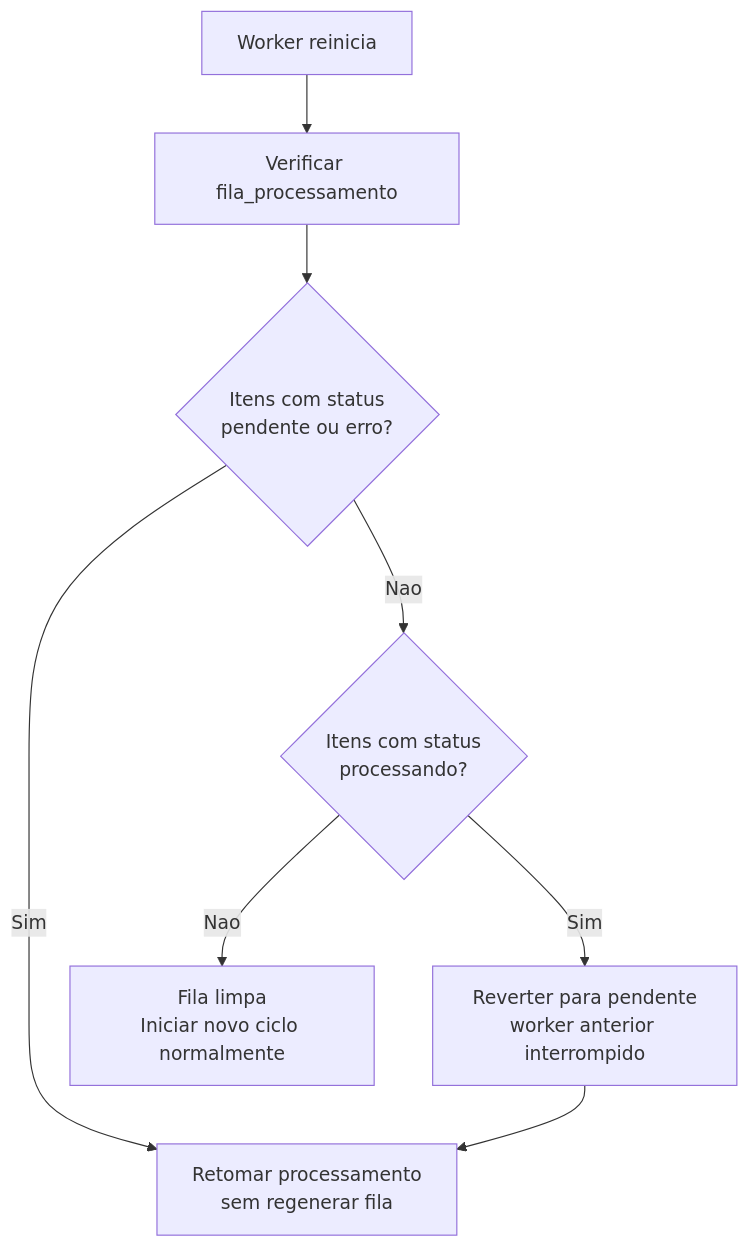
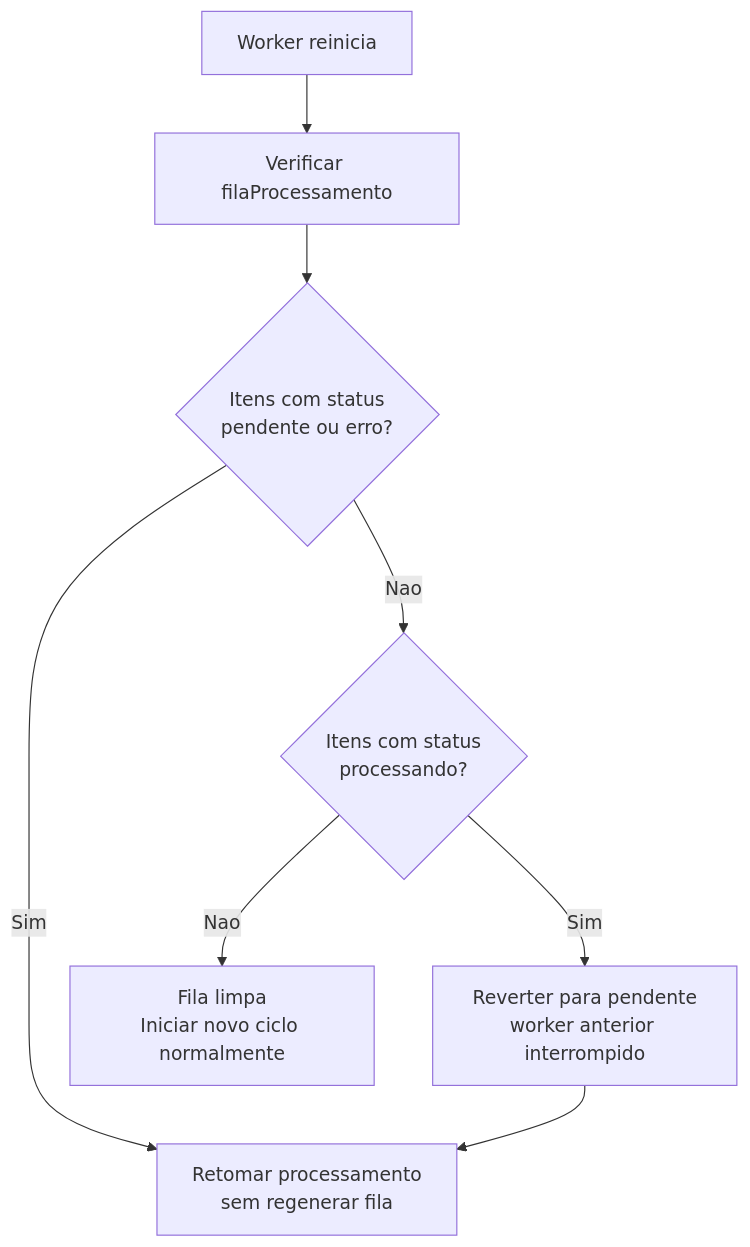
The sixth of 8 diagrams in docs/worker-strategy.md (john182/poc-open-spec), drawn with Mermaid before and after one commit. The commit also changed other lines of this file and 6 other files, not shown here.

````diff
--- a/docs/worker-strategy.md
+++ b/docs/worker-strategy.md
@@ -463,10 +463,10 @@
 ```mermaid
 flowchart TD
-    A[Worker reinicia] --> B[Verificar fila_processamento]
+    A[Worker reinicia] --> B[Verificar filaProcessamento]
     B --> C{Itens com status<br/>pendente ou erro?}
     C -->|Sim| D[Retomar processamento<br/>sem regenerar fila]
     C -->|Nao| E{Itens com status<br/>processando?}
     E -->|Sim| F[Reverter para pendente<br/>worker anterior interrompido]
     E -->|Nao| G[Fila limpa<br/>Iniciar novo ciclo normalmente]
     F --> D
 ```
````
